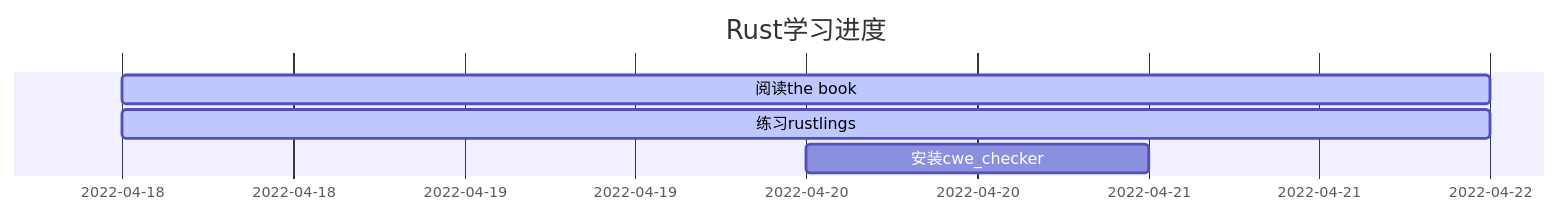
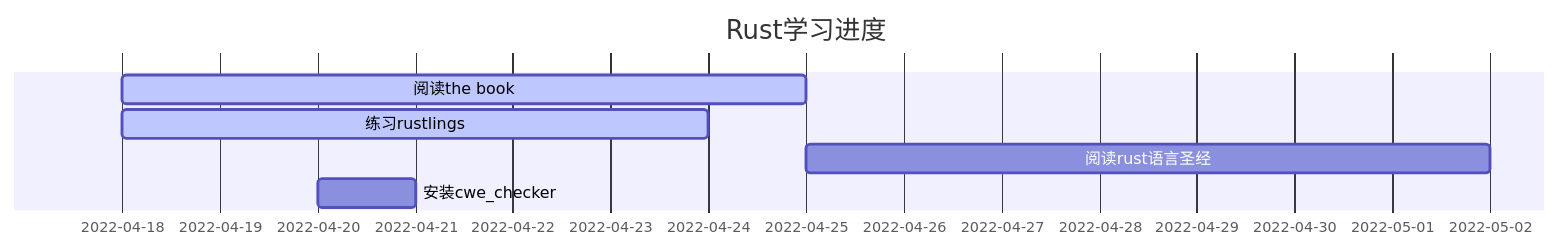
The diagram in _posts/2022-04-20-Rust-learning-record.md (x14ngch3n/x14ngch3n.github.io), drawn with Mermaid before and after one commit. The commit also changed other lines of this file, not shown here.

````diff
--- a/_posts/2022-04-20-Rust-learning-record.md
+++ b/_posts/2022-04-20-Rust-learning-record.md
@@ -53,8 +54,9 @@
 ```mermaid
 gantt
   title  Rust学习进度
   dateFormat YYYY-MM-DD
-  阅读the book: active, p1, 2022-04-18, 4d
-  练习rustlings: active, p2, 2022-04-18, 4d
-  安装cwe_checker: p3, 2022-04-20, 1d
+  阅读the book: active, p1, 2022-04-18, 7d
+  练习rustlings: active, p2, 2022-04-18, 6d
+  阅读rust语言圣经: p3, after p1, 7d
+  安装cwe_checker: , 2022-04-20, 1d
 ```
````
